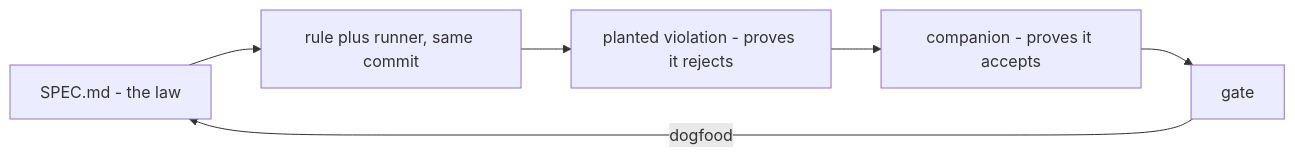
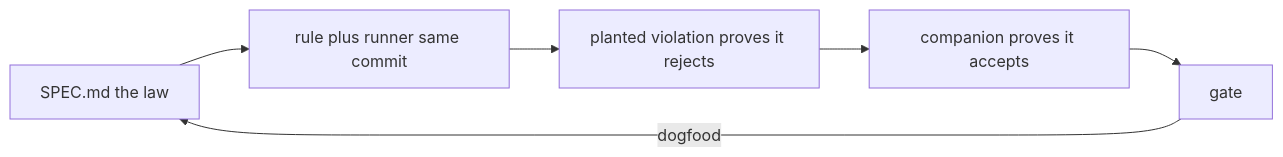
The fourth of 4 diagrams in INTEGRATION.md (pr0d1r2/microlith), drawn with Mermaid before and after one commit. The commit also changed other lines of this file, not shown here.

First line of the commit message:
docs(integration): mermaid stripped to its most primitive form

````diff
--- a/INTEGRATION.md
+++ b/INTEGRATION.md
@@ -106,8 +105,8 @@
 ```mermaid
 graph LR
-    S["SPEC.md - the law"] --> R["rule plus runner, same commit"]
-    R --> P["planted violation - proves it rejects"]
-    P --> C["companion - proves it accepts"]
-    C --> G["gate"]
-    G -->|dogfood| S
+  A[SPEC.md the law] --> B[rule plus runner same commit]
+  B --> C[planted violation proves it rejects]
+  C --> D[companion proves it accepts]
+  D --> E[gate]
+  E -->|dogfood| A
 ```
````
